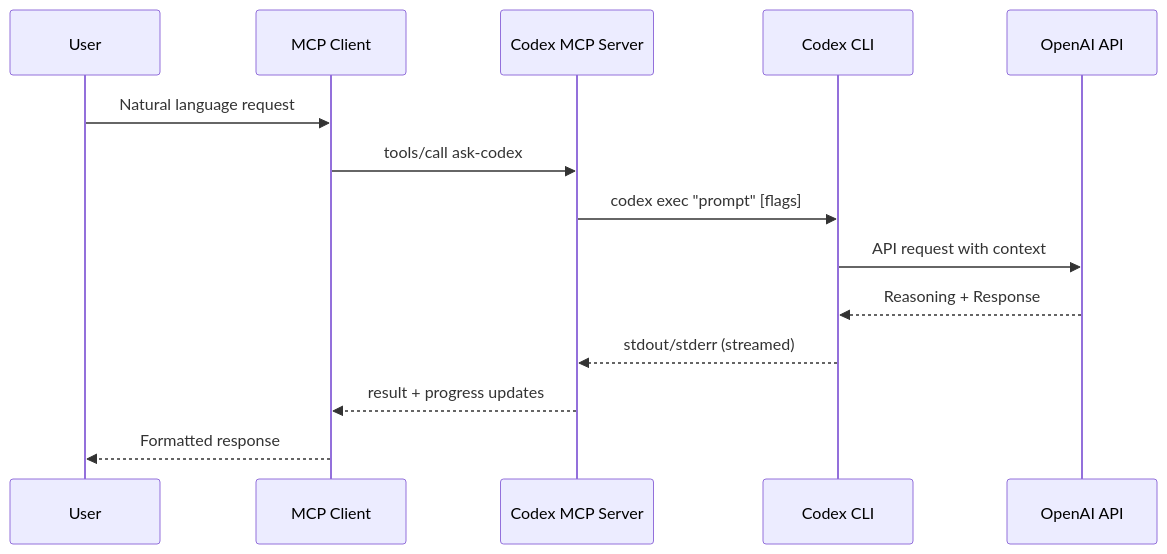
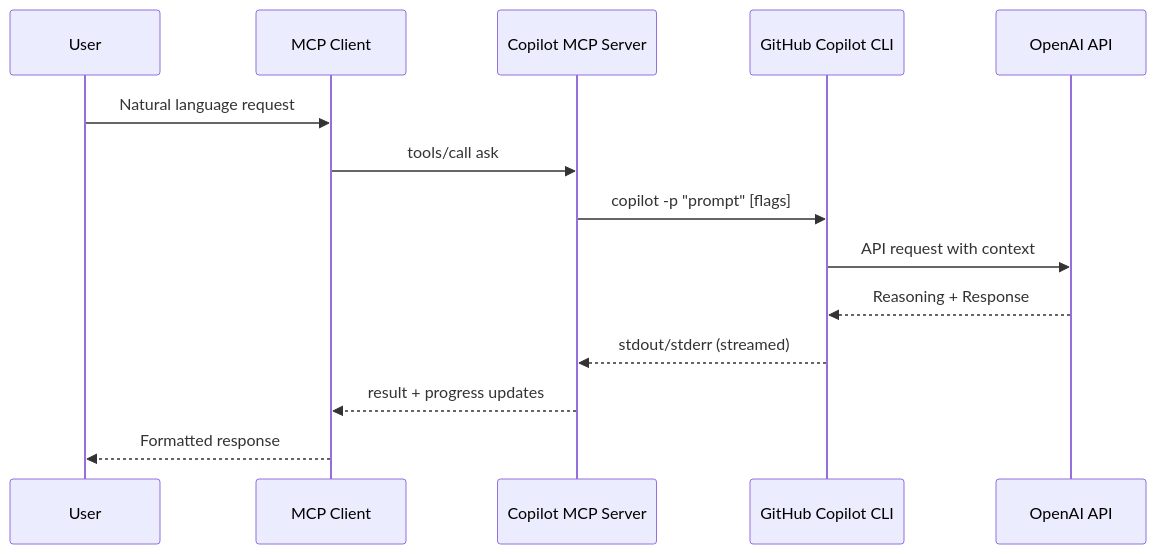
One commit to x51xxx/copilot-mcp-server changed the diagram in docs/concepts/how-it-works.md. Above: the diagram before and after it, drawn with Mermaid. The commit also changed other lines of this file and 63 other files, not shown here.

````diff
--- a/docs/concepts/how-it-works.md
+++ b/docs/concepts/how-it-works.md
@@ -9,17 +9,17 @@
 ```mermaid
 sequenceDiagram
     participant User
     participant MC as MCP Client
-    participant MS as Codex MCP Server
-    participant CX as Codex CLI
+    participant MS as Copilot MCP Server
+    participant CX as GitHub Copilot CLI
     participant AI as OpenAI API
-    
+
     User->>MC: Natural language request
-    MC->>MS: tools/call ask-codex
-    MS->>CX: codex exec "prompt" [flags]
+    MC->>MS: tools/call ask
+    MS->>CX: copilot -p "prompt" [flags]
     CX->>AI: API request with context
     AI-->>CX: Reasoning + Response
     CX-->>MS: stdout/stderr (streamed)
     MS-->>MC: result + progress updates
     MC-->>User: Formatted response
 ```
````
